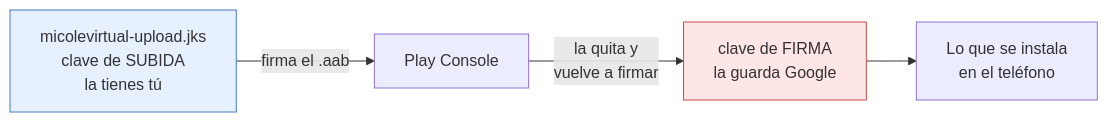
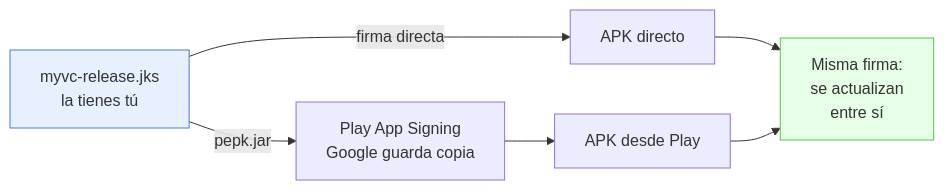
The third of 3 diagrams in docs/publicacion-play.md (bluesky777/myvc_flutter), drawn with Mermaid before and after one commit. The commit also changed other lines of this file, not shown here.

First line of the commit message:
docs(play): la firma, como quedó de verdad y no como se planeó

````diff
--- a/docs/publicacion-play.md
+++ b/docs/publicacion-play.md
@@ -252,9 +267,11 @@
 ```mermaid
 flowchart LR
-    K["micolevirtual-upload.jks<br/>clave de SUBIDA<br/>la tienes tú"] -->|firma el .aab| P["Play Console"]
-    P -->|"la quita y<br/>vuelve a firmar"| G["clave de FIRMA<br/>la guarda Google"]
-    G --> D["Lo que se instala<br/>en el teléfono"]
+    K["myvc-release.jks<br/>la tienes tú"] -->|"pepk.jar"| P["Play App Signing<br/>Google guarda copia"]
+    K -->|"firma directa"| A["APK directo"]
+    P --> D["APK desde Play"]
+    A --> T["Misma firma:<br/>se actualizan<br/>entre sí"]
+    D --> T
 
     style K fill:#e6f0ff,stroke:#4b7ac9
-    style G fill:#ffe6e6,stroke:#c94b4b
+    style T fill:#e6ffe6,stroke:#4bc94b
 ```
````
